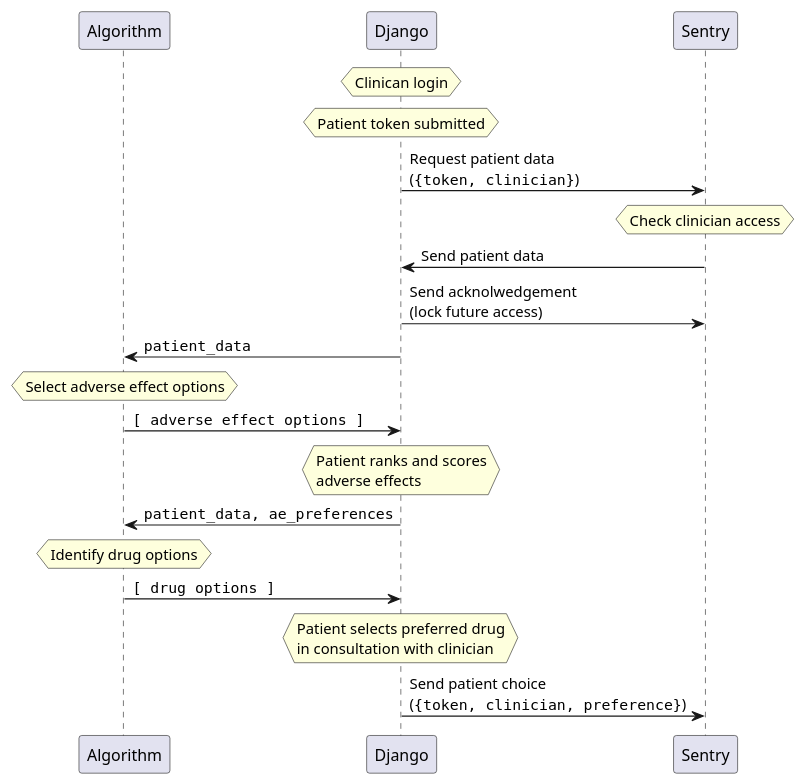
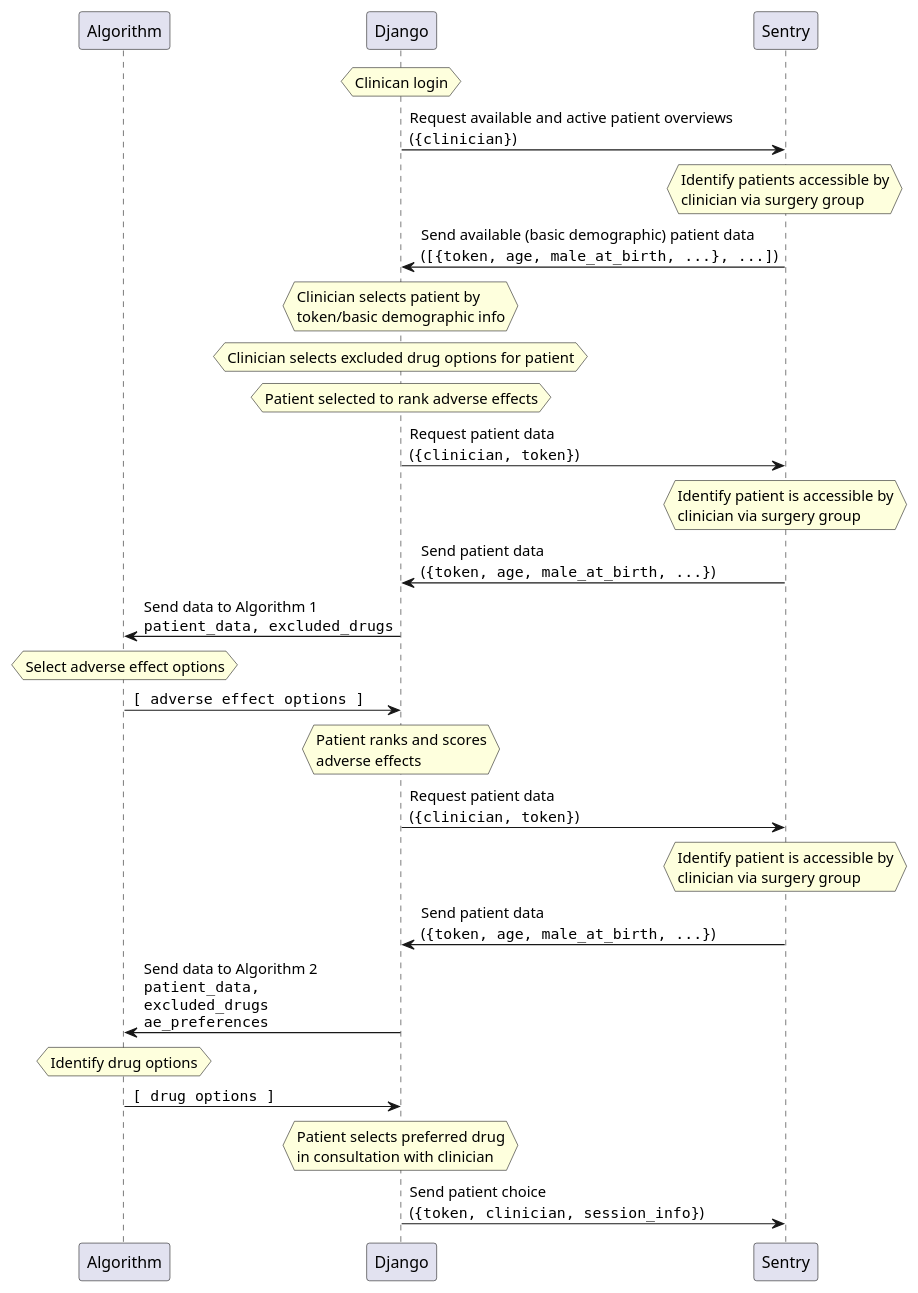
Before and after one commit to OxfordRSE/PETRUSHKA_spec: the diagram in README.md, drawn with PlantUML. The commit also changed other lines of this file and 1 other file, not shown here.

Commit message:
Update Django-Sentry interface

````diff
--- a/README.md
+++ b/README.md
@@ -14,27 +14,37 @@
 ```puml
 
 participant Algorithm
 participant Django
 participant Sentry
 
 hnote over Django : Clinican login
-hnote over Django : Patient token submitted
 
-Django -> Sentry : Request patient data\n(""{token, clinician}"")
-hnote over Sentry : Check clinician access
-Sentry -> Django : Send patient data
-Django -> Sentry : Send acknolwedgement\n(lock future access)
+Django -> Sentry : Request available and active patient overviews\n(""{clinician}"")
+hnote over Sentry : Identify patients accessible by\nclinician via surgery group
+Sentry -> Django : Send available (basic demographic) patient data\n(""[{token, age, male_at_birth, ...}, ...]"")
 
-Django -> Algorithm : ""patient_data""
+hnote over Django : Clinician selects patient by\ntoken/basic demographic info
+hnote over Django : Clinician selects excluded drug options for patient
+hnote over Django : Patient selected to rank adverse effects
+
+Django -> Sentry : Request patient data\n(""{clinician, token}"")
+hnote over Sentry : Identify patient is accessible by\nclinician via surgery group
+Sentry -> Django : Send patient data\n(""{token, age, male_at_birth, ...}"")
+
+Django -> Algorithm : Send data to Algorithm 1\n""patient_data, excluded_drugs""
 hnote over Algorithm : Select adverse effect options
 Algorithm -> Django : ""[ adverse effect options ]""
 hnote over Django : Patient ranks and scores\nadverse effects
 
-Django -> Algorithm : ""patient_data, ae_preferences""
+Django -> Sentry : Request patient data\n(""{clinician, token}"")
+hnote over Sentry : Identify patient is accessible by\nclinician via surgery group
+Sentry -> Django : Send patient data\n(""{token, age, male_at_birth, ...}"")
+
+Django -> Algorithm : Send data to Algorithm 2\n""patient_data,""\n""excluded_drugs""\n""ae_preferences""
 hnote over Algorithm : Identify drug options 
 Algorithm -> Django : ""[ drug options ]""
 hnote over Django : Patient selects preferred drug\nin consultation with clinician
 
-Django -> Sentry : Send patient choice\n(""{token, clinician, preference}"")
+Django -> Sentry : Send patient choice\n(""{token, clinician, session_info}"")
 
 ```
````
